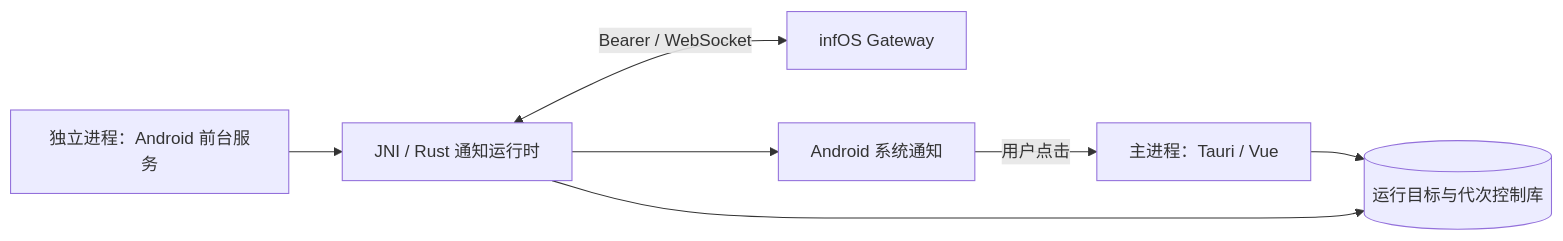
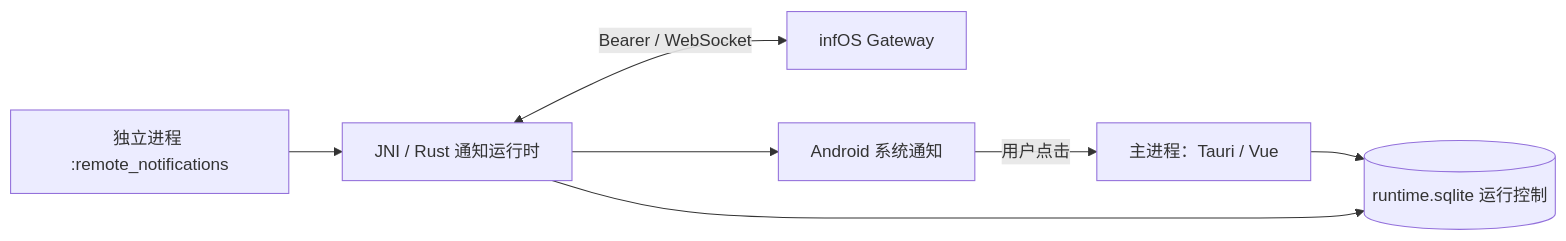
Before and after one commit to YoKONCy/Peroperochat: the diagram in docs/REMOTE_CLIENT.md, drawn with Mermaid. The commit also changed other lines of this file and 84 other files, not shown here.

````diff
--- a/docs/REMOTE_CLIENT.md
+++ b/docs/REMOTE_CLIENT.md
@@ -159,9 +147,9 @@
 ```mermaid
 flowchart LR
-    UI[主进程：Tauri / Vue] --> Control[(运行目标与代次控制库)]
-    Service[独立进程：Android 前台服务] --> JNI[JNI / Rust 通知运行时]
+    UI[主进程：Tauri / Vue] --> Control[(runtime.sqlite 运行控制)]
+    Service[独立进程 :remote_notifications] --> JNI[JNI / Rust 通知运行时]
     JNI --> Control
     JNI <-->|Bearer / WebSocket| Server[infOS Gateway]
     JNI --> Notify[Android 系统通知]
     Notify -->|用户点击| UI
 ```
````
